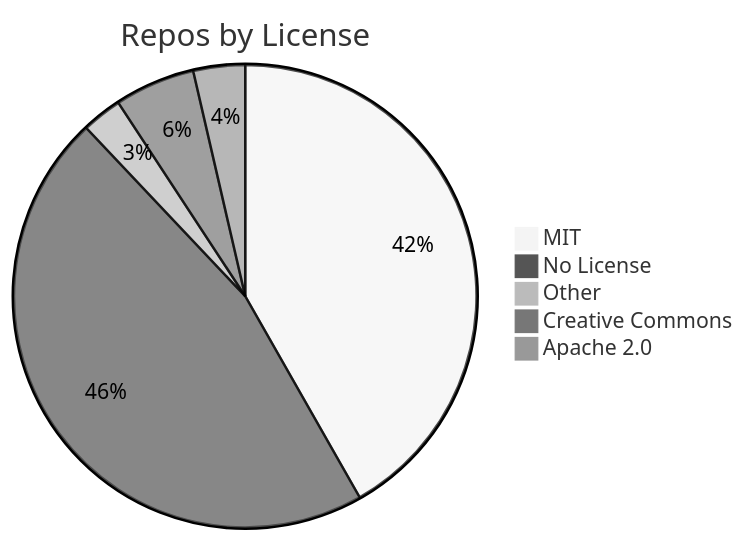
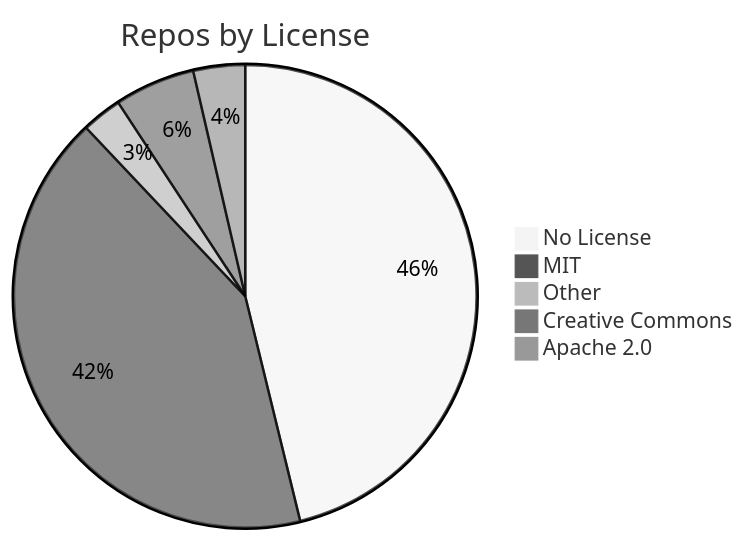
Before and after one commit to jpatterson933/awesome-mcp-server-repo-index: the diagram in README.md, drawn with Mermaid (neutral theme). The commit also changed other lines of this file and 3 other files, not shown here.

````diff
--- a/README.md
+++ b/README.md
@@ -29,8 +29,8 @@
 ```mermaid
 pie title Repos by License
+    "No License" : 115
     "MIT" : 104
-    "No License" : 115
     "Other" : 7
     "Creative Commons" : 14
     "Apache 2.0" : 9
 ```
````
